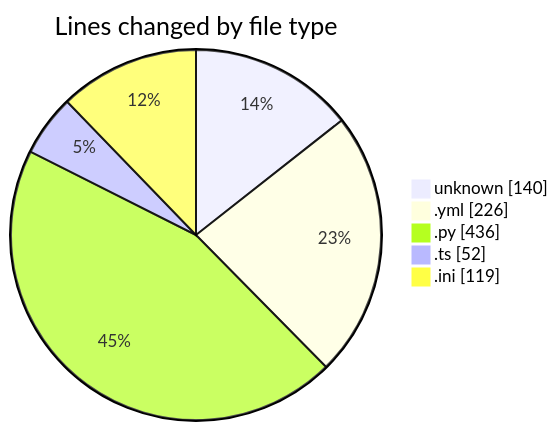
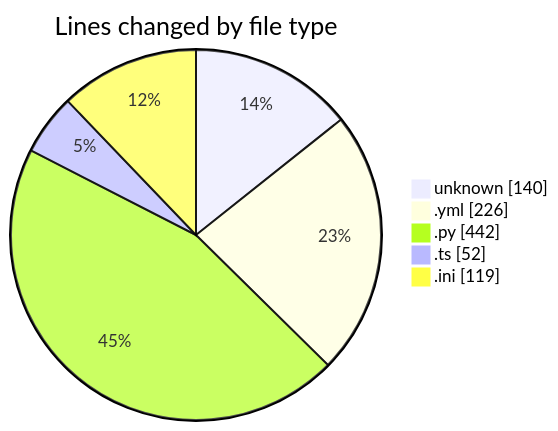
The first of 2 diagrams in 2025-05-13/niten/README.md (Elitesun/code-tracking), drawn with Mermaid before and after one commit. The commit also changed other lines of this file and 1 other file, not shown here.

````diff
--- a/2025-05-13/niten/README.md
+++ b/2025-05-13/niten/README.md
@@ -30,9 +30,9 @@
 ```mermaid
 pie showData
 title Lines changed by file type
 "unknown" : 140
 ".yml" : 226
-".py" : 436
+".py" : 442
 ".ts" : 52
 ".ini" : 119
 ```
````
